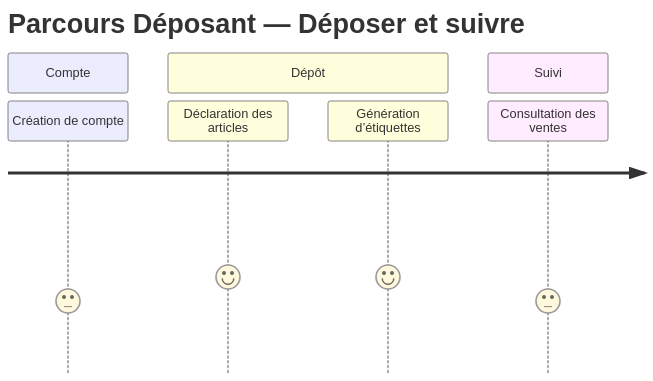
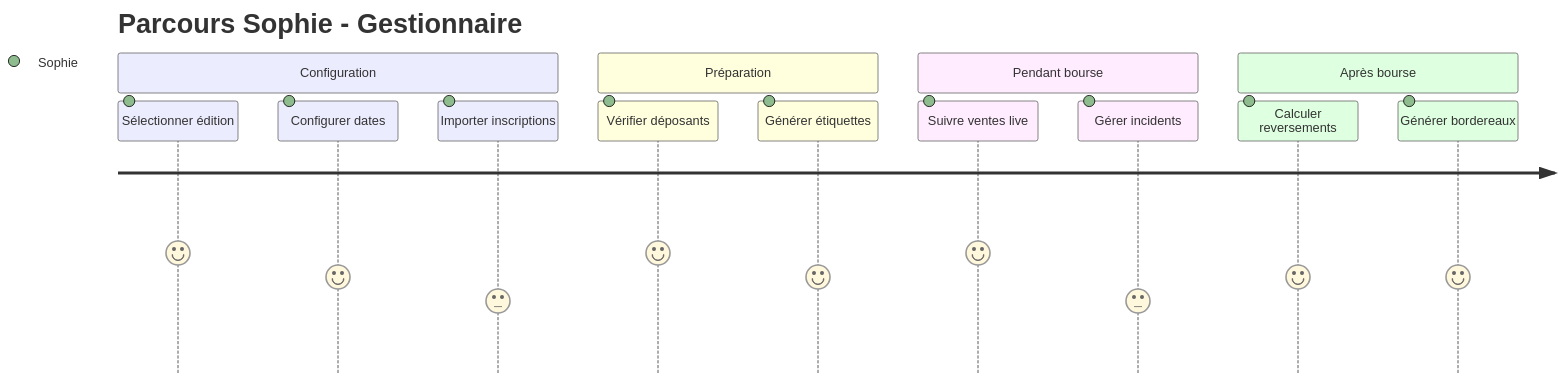
One commit to ALPE-Plaisance-du-Touch/Gestionnaire-de-Bourse-ALPE changed the third of 3 diagrams in docs/ui.md. Above: the diagram before and after it, drawn with Mermaid. The commit also changed other lines of this file and 1 other file, not shown here.

````diff
--- a/docs/ui.md
+++ b/docs/ui.md
@@ -13,11 +489,17 @@
 ```mermaid
 journey
-  title Parcours Déposant — Déposer et suivre
-  section Compte
-    Création de compte: 3
-  section Dépôt
-    Déclaration des articles: 4
-    Génération d’étiquettes: 4
-  section Suivi
-    Consultation des ventes: 3
+    title Parcours Sophie - Gestionnaire
+    section Configuration
+      Sélectionner édition: 5: Sophie
+      Configurer dates: 4: Sophie
+      Importer inscriptions: 3: Sophie
+    section Préparation
+      Vérifier déposants: 5: Sophie
+      Générer étiquettes: 4: Sophie
+    section Pendant bourse
+      Suivre ventes live: 5: Sophie
+      Gérer incidents: 3: Sophie
+    section Après bourse
+      Calculer reversements: 4: Sophie
+      Générer bordereaux: 4: Sophie
 ```
````
